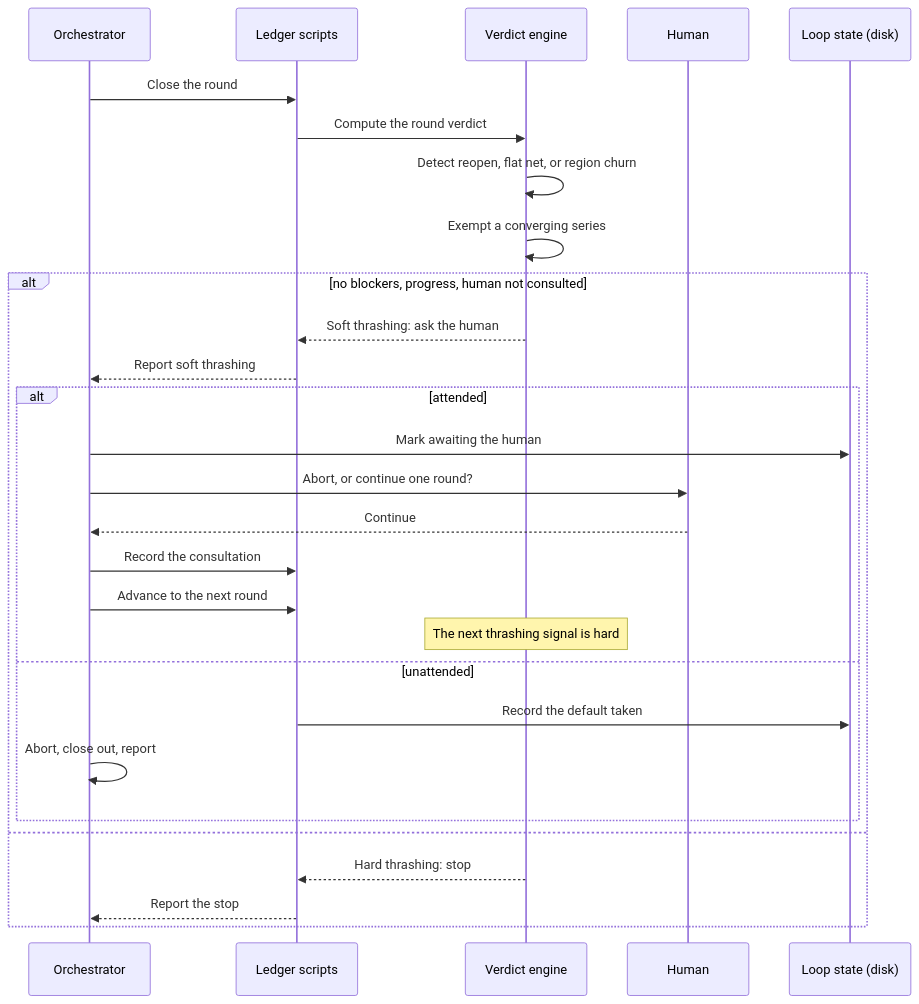
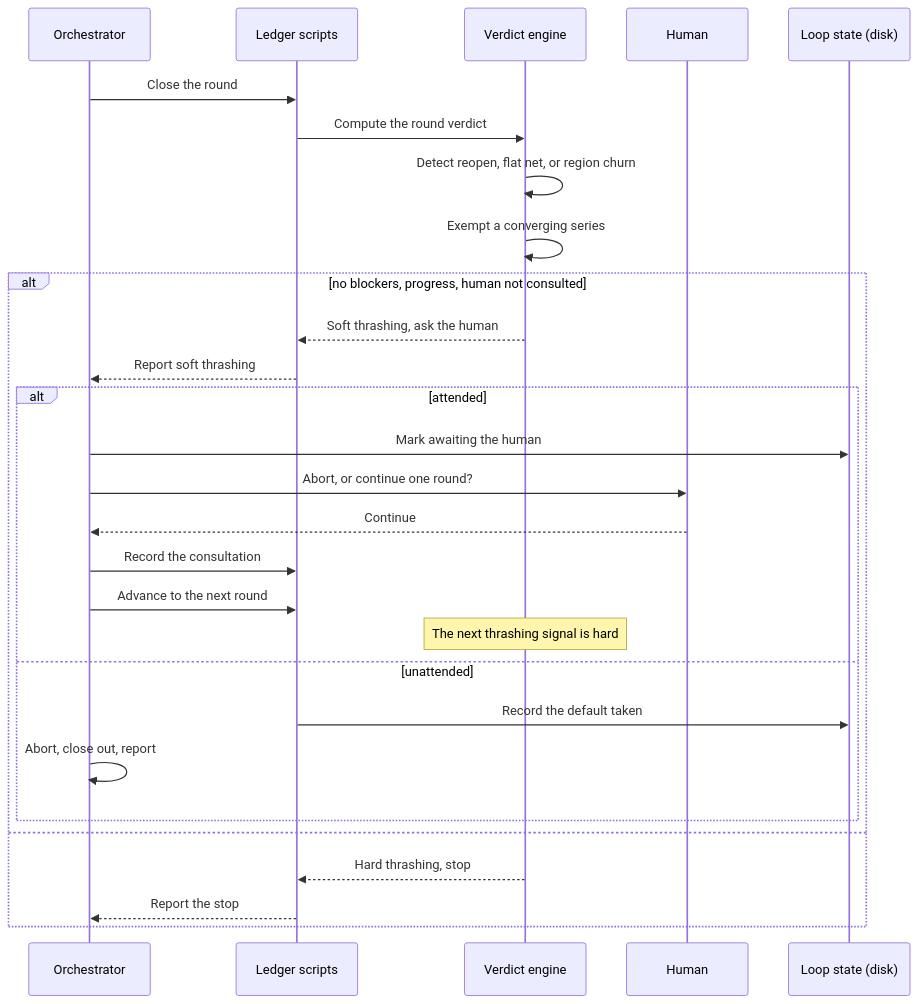
Before and after one commit to peterlit/quiller-claude-plugins: diagram 14 of 30 in docs/architecture/review-loop-tools.md, drawn with Mermaid. The commit also changed other lines of this file and 5 other files, not shown here.

````diff
--- a/docs/architecture/review-loop-tools.md
+++ b/docs/architecture/review-loop-tools.md
@@ -834,31 +1437,31 @@
 ```mermaid
 sequenceDiagram
     participant O as Orchestrator
     participant L as Ledger scripts
     participant V as Verdict engine
     participant H as Human
     participant S as Loop state (disk)
 
     O->>L: Close the round
     L->>V: Compute the round verdict
     V->>V: Detect reopen, flat net, or region churn
     V->>V: Exempt a converging series
     alt no blockers, progress, human not consulted
-        V-->>L: Soft thrashing: ask the human
+        V-->>L: Soft thrashing, ask the human
         L-->>O: Report soft thrashing
         alt attended
             O->>S: Mark awaiting the human
             O->>H: Abort, or continue one round?
             H-->>O: Continue
             O->>L: Record the consultation
             O->>L: Advance to the next round
             Note over V: The next thrashing signal is hard
         else unattended
             L->>S: Record the default taken
             O->>O: Abort, close out, report
         end
     else
-        V-->>L: Hard thrashing: stop
+        V-->>L: Hard thrashing, stop
         L-->>O: Report the stop
     end
 ```
````
